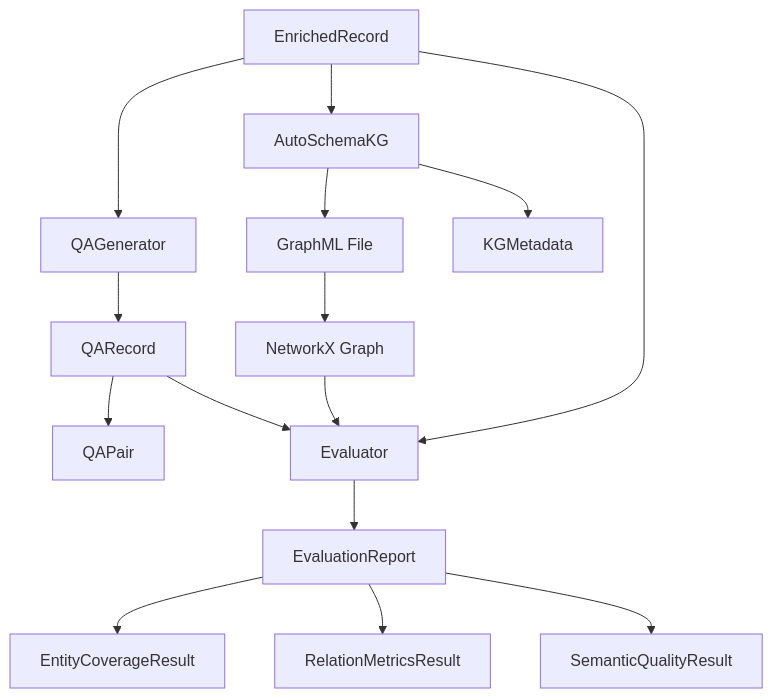
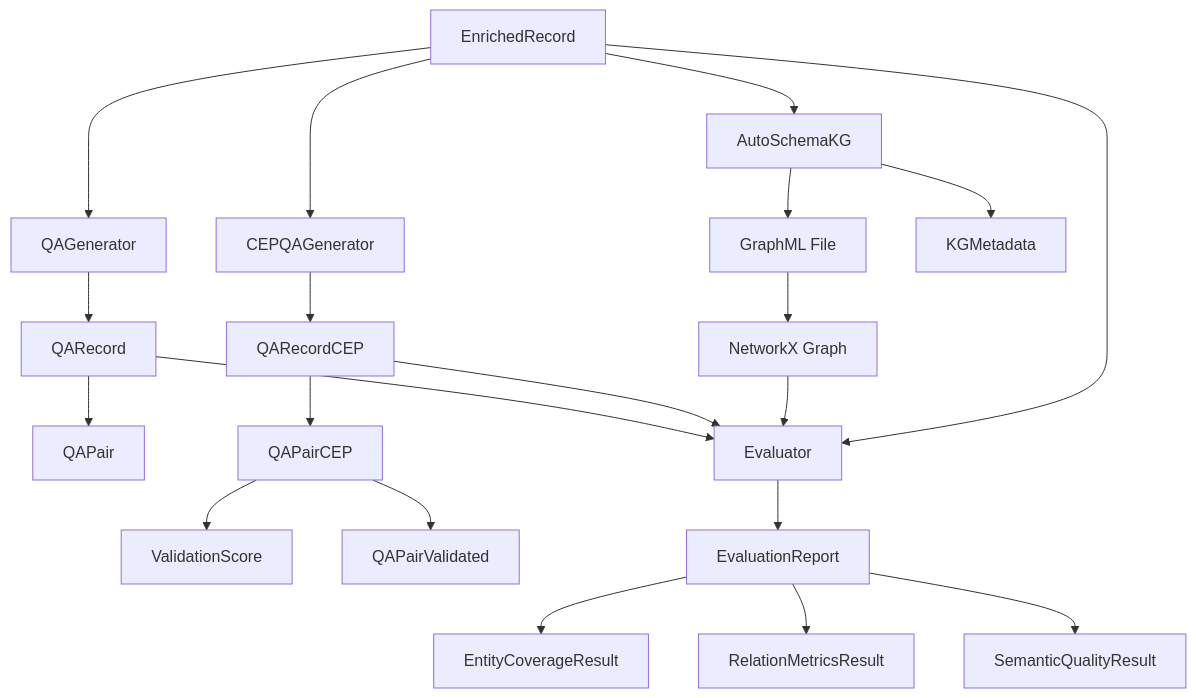
One commit to FredDsR/arandu changed the diagram in docs/development/schemas.md. Above: the diagram before and after it, drawn with Mermaid. The commit also changed other lines of this file and 33 other files, not shown here.

````diff
--- a/docs/development/schemas.md
+++ b/docs/development/schemas.md
@@ -672,20 +933,27 @@
 ```mermaid
 graph TD
     A[EnrichedRecord] --> B[QAGenerator]
     B --> C[QARecord]
     C --> D[QAPair]
+
+    A --> P[CEPQAGenerator]
+    P --> Q[QARecordCEP]
+    Q --> R[QAPairCEP]
+    R --> S[ValidationScore]
+    R --> T[QAPairValidated]
 
     A --> E[AutoSchemaKG]
     E --> F[GraphML File]
     E --> G[KGMetadata]
 
     F --> H[NetworkX Graph]
 
     C --> I[Evaluator]
+    Q --> I
     H --> I
     A --> I
     I --> J[EvaluationReport]
     J --> K[EntityCoverageResult]
     J --> L[RelationMetricsResult]
     J --> M[SemanticQualityResult]
 ```
````
